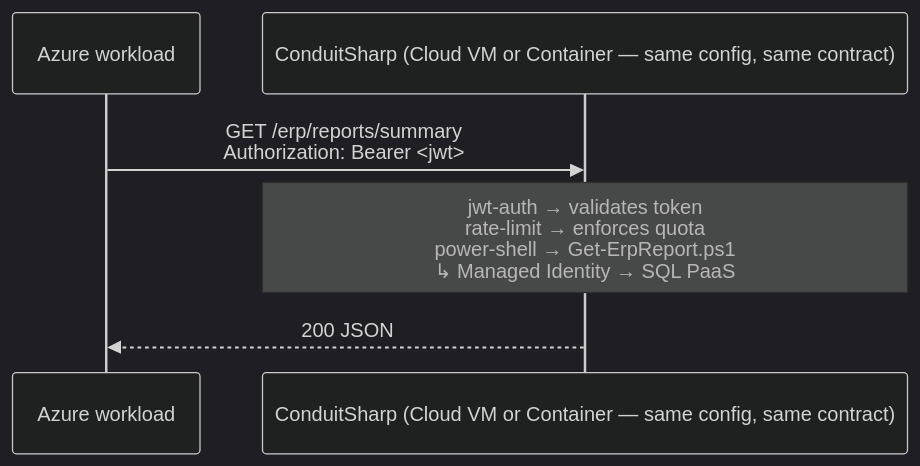
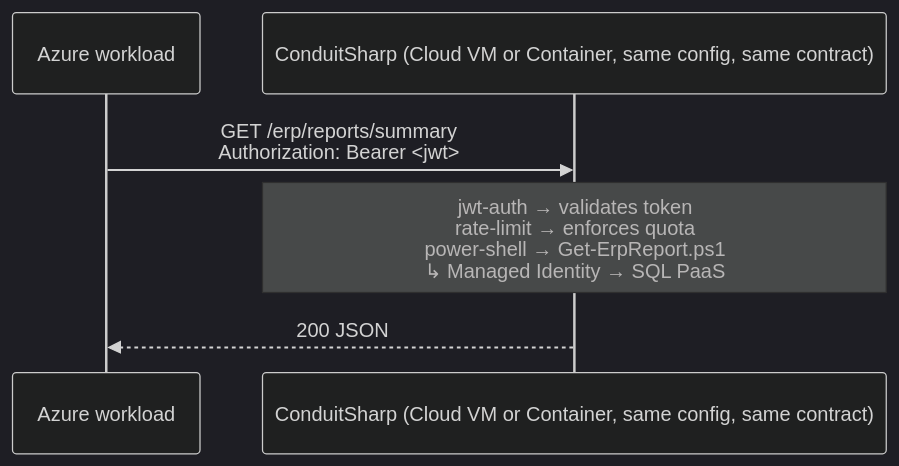
One commit to liqngliz/ConduitSharp changed the fifth of 6 diagrams in docs/ENTERPRISE.md. Above: the diagram before and after it, drawn with Mermaid (dark theme). The commit also changed other lines of this file and 2 other files, not shown here.

First line of the commit message:
docs: cut flair from ARCHITECTURE, ENTERPRISE and AGENTDOC

````diff
--- a/docs/ENTERPRISE.md
+++ b/docs/ENTERPRISE.md
@@ -217,9 +237,9 @@
 ```mermaid
 sequenceDiagram
     participant Azure as Azure workload
-    participant CS as ConduitSharp (Cloud VM or Container — same config, same contract)
+    participant CS as ConduitSharp (Cloud VM or Container, same config, same contract)
 
     Azure->>CS: GET /erp/reports/summary<br/>Authorization: Bearer <jwt>
     Note over CS: jwt-auth → validates token<br/>rate-limit → enforces quota<br/>power-shell → Get-ErpReport.ps1<br/>↳ Managed Identity → SQL PaaS
     CS-->>Azure: 200 JSON
 ```
````
